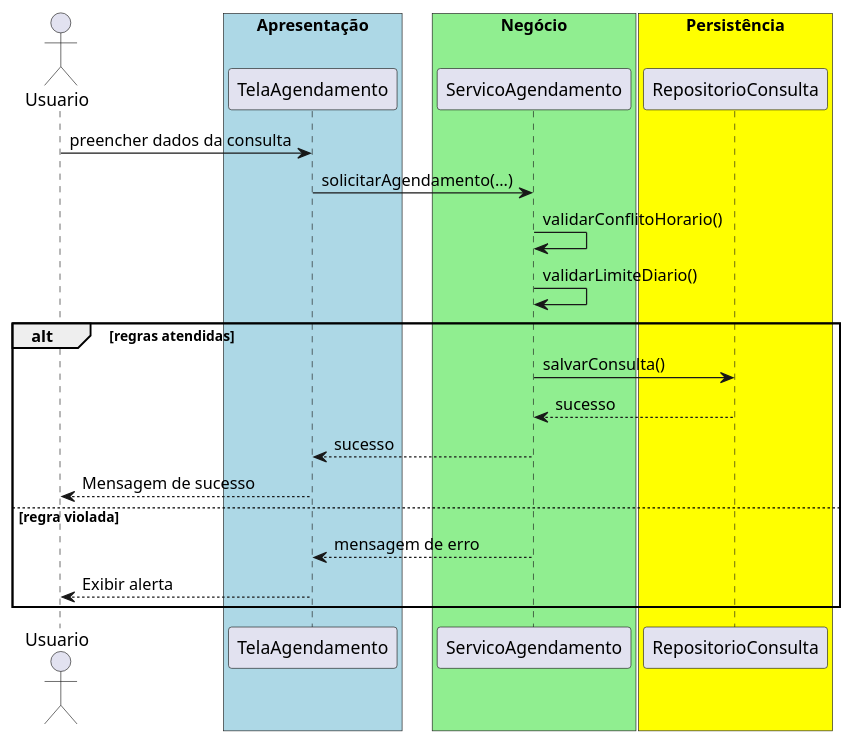
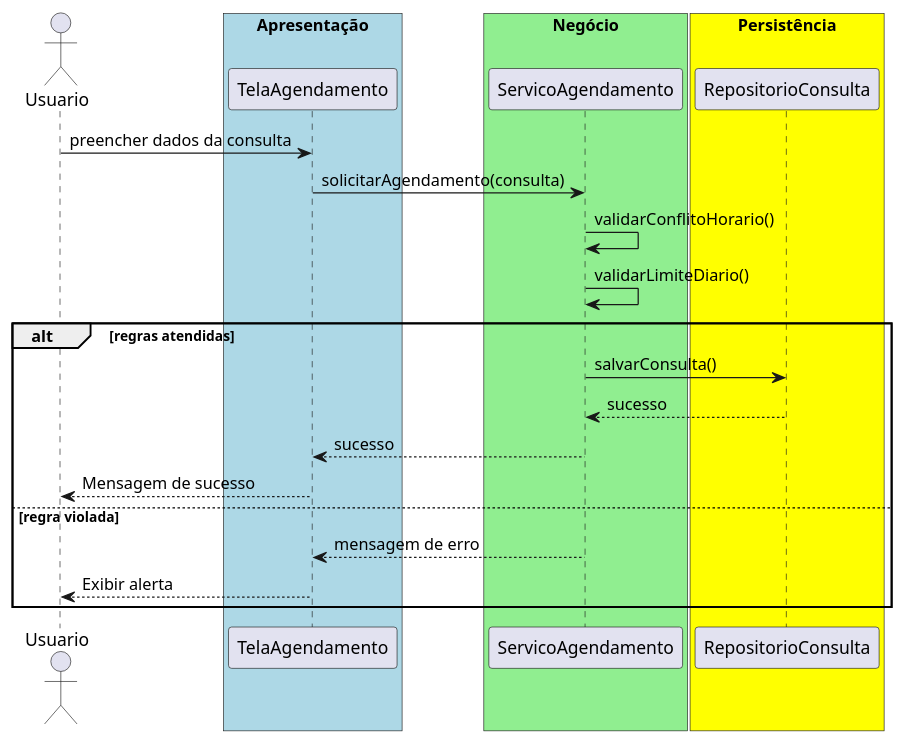
Before and after one commit to 20261-ifba-saj-ads-poo/blog: the diagram in src/trabalhos/Trabalho12.md, drawn with PlantUML. The commit also changed other lines of this file and 35 other files, not shown here.

````diff
--- a/src/trabalhos/Trabalho12.md
+++ b/src/trabalhos/Trabalho12.md
@@ -28,27 +28,27 @@
 ```plantuml{kroki=true}
 @startuml
 actor Usuario
 box "Apresentação" #lightblue
     participant TelaAgendamento
 end box
 box "Negócio" #lightgreen
     participant ServicoAgendamento
 end box
 box "Persistência" #yellow
     participant RepositorioConsulta
 end box
 Usuario -> TelaAgendamento : preencher dados da consulta
-TelaAgendamento -> ServicoAgendamento : solicitarAgendamento(...)
+TelaAgendamento -> ServicoAgendamento : solicitarAgendamento(consulta)
 ServicoAgendamento -> ServicoAgendamento : validarConflitoHorario()
 ServicoAgendamento -> ServicoAgendamento : validarLimiteDiario()
 alt regras atendidas
     ServicoAgendamento -> RepositorioConsulta : salvarConsulta()
     RepositorioConsulta --> ServicoAgendamento : sucesso
     ServicoAgendamento --> TelaAgendamento : sucesso
     TelaAgendamento --> Usuario : Mensagem de sucesso
 else regra violada
     ServicoAgendamento --> TelaAgendamento : mensagem de erro
     TelaAgendamento --> Usuario : Exibir alerta
 end
 @enduml
 ```
````
